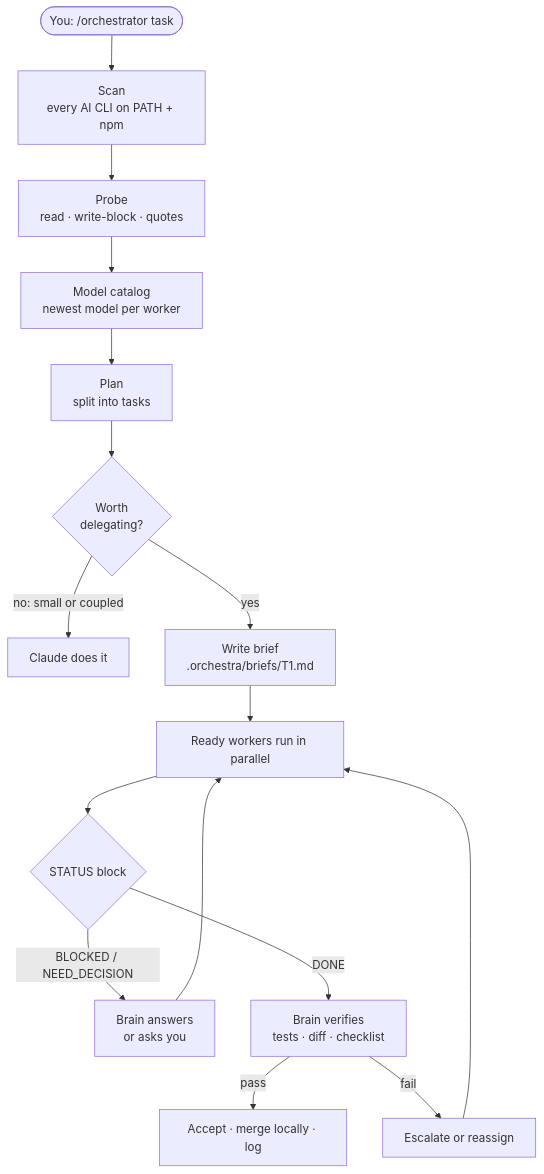
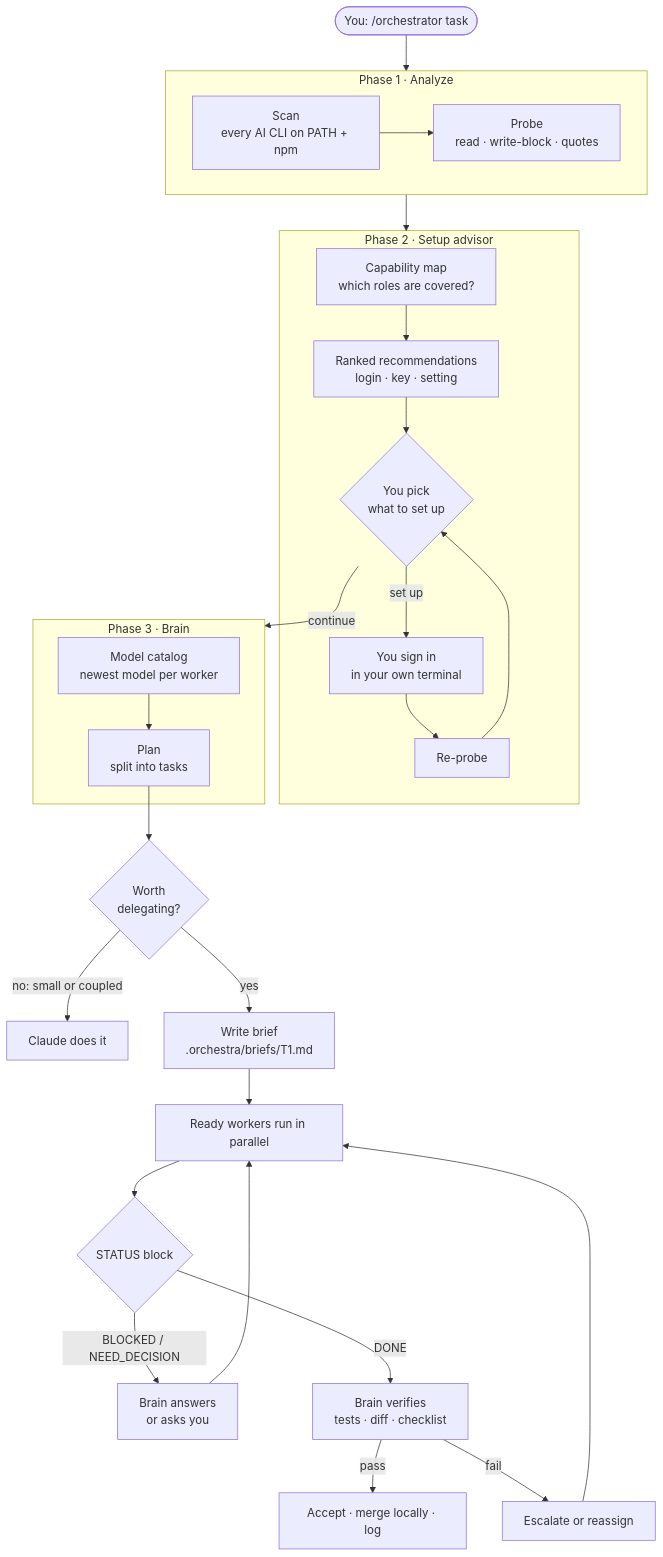
Before and after one commit to yoelkh/orkestraku: the first of 3 diagrams in README.md, drawn with Mermaid. The commit also changed other lines of this file and 6 other files, not shown here.

First line of the commit message:
Make the skill a three-phase workflow: analyze, setup advisor, brain

````diff
--- a/README.md
+++ b/README.md
@@ -59,16 +62,26 @@
 ```mermaid
 flowchart TD
-    U(["You: /orchestrator task"]) --> SC["Scan<br/>every AI CLI on PATH + npm"]
-    SC --> PR["Probe<br/>read · write-block · quotes"]
-    PR --> CAT["Model catalog<br/>newest model per worker"]
-    CAT --> PL["Plan<br/>split into tasks"]
+    U(["You: /orchestrator task"]) --> P1
+    subgraph P1["Phase 1 · Analyze"]
+        SC["Scan<br/>every AI CLI on PATH + npm"] --> PR["Probe<br/>read · write-block · quotes"]
+    end
+    P1 --> P2
+    subgraph P2["Phase 2 · Setup advisor"]
+        MAP["Capability map<br/>which roles are covered?"] --> REC["Ranked recommendations<br/>login · key · setting"]
+        REC --> ASK{"You pick<br/>what to set up"}
+        ASK -- "set up" --> DO["You sign in<br/>in your own terminal"] --> RE["Re-probe"] --> ASK
+    end
+    ASK -- "continue" --> P3
+    subgraph P3["Phase 3 · Brain"]
+        CAT["Model catalog<br/>newest model per worker"] --> PL["Plan<br/>split into tasks"]
+    end
     PL --> D{"Worth<br/>delegating?"}
     D -- "no: small or coupled" --> SELF["Claude does it"]
     D -- yes --> B["Write brief<br/>.orchestra/briefs/T1.md"]
     B --> W["Ready workers run in parallel"]
     W --> S{"STATUS block"}
     S -- "BLOCKED / NEED_DECISION" --> A["Brain answers<br/>or asks you"] --> W
     S -- DONE --> V["Brain verifies<br/>tests · diff · checklist"]
     V -- pass --> M["Accept · merge locally · log"]
     V -- fail --> E["Escalate or reassign"] --> W
 ```
````
